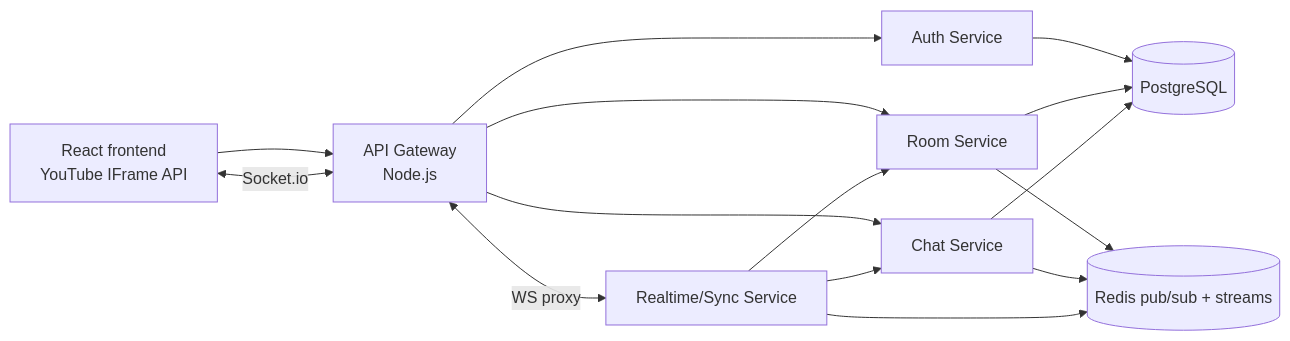
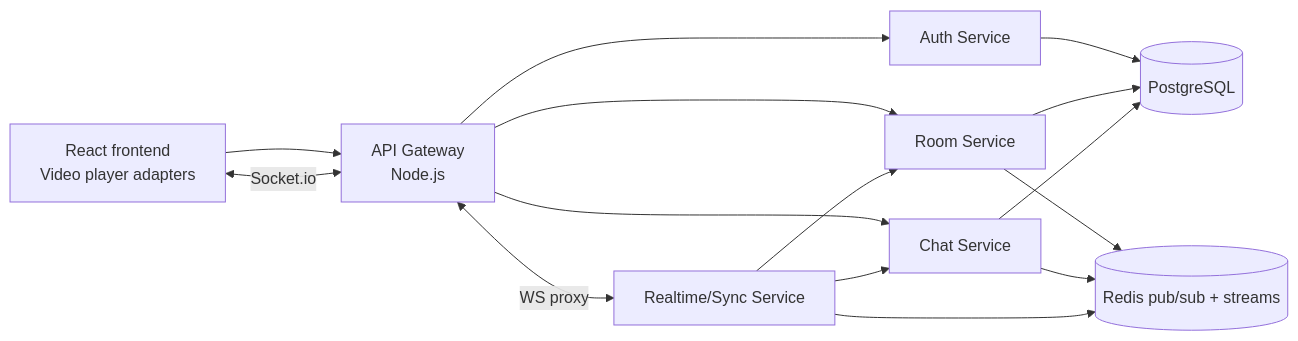
One commit to lebido4/OnlyTogether changed the diagram in README.md. Above: the diagram before and after it, drawn with Mermaid. The commit also changed other lines of this file and 15 other files, not shown here.

````diff
--- a/README.md
+++ b/README.md
@@ -7,17 +7,17 @@
 ```mermaid
 flowchart LR
-  Browser["React frontend<br/>YouTube IFrame API"] --> Gateway["API Gateway<br/>Node.js"]
+  Browser["React frontend<br/>Video player adapters"] --> Gateway["API Gateway<br/>Node.js"]
   Browser <-->|Socket.io| Gateway
   Gateway --> Auth["Auth Service"]
   Gateway --> Room["Room Service"]
   Gateway --> Chat["Chat Service"]
   Gateway <-->|WS proxy| Realtime["Realtime/Sync Service"]
   Auth --> Postgres[(PostgreSQL)]
   Room --> Postgres
   Chat --> Postgres
   Room --> Redis[(Redis pub/sub + streams)]
   Chat --> Redis
   Realtime --> Redis
   Realtime --> Room
   Realtime --> Chat
 ```
````
